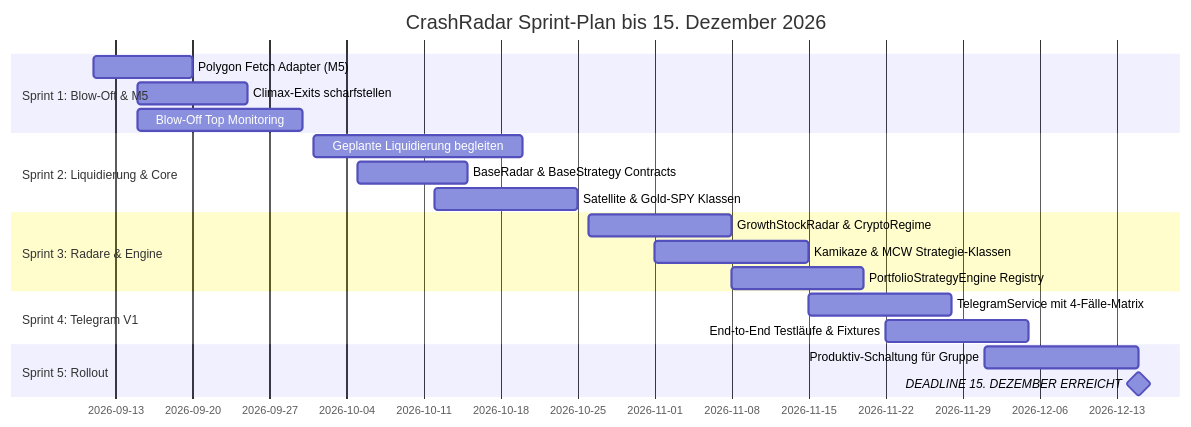
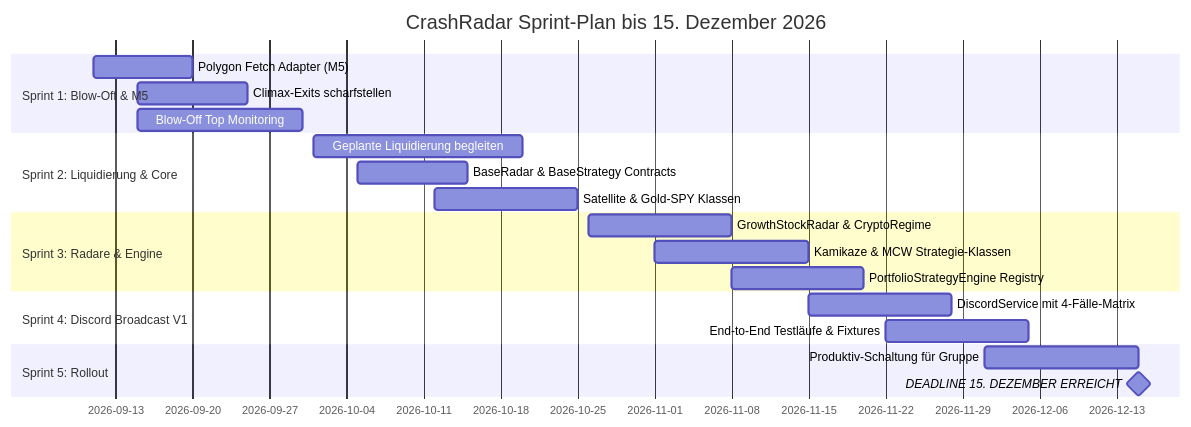
Before and after one commit to jahnhane1980/CrashRadar: the diagram in DECEMBER-ROADMAP.md, drawn with Mermaid. The commit also changed other lines of this file and 5 other files, not shown here.

First line of the commit message:
docs(signals): migrate channel architecture from Telegram to Discord & WhatsApp

````diff
--- a/DECEMBER-ROADMAP.md
+++ b/DECEMBER-ROADMAP.md
@@ -127,23 +128,23 @@
 ```mermaid
 gantt
     title CrashRadar Sprint-Plan bis 15. Dezember 2026
     dateFormat  YYYY-MM-DD
     section Sprint 1: Blow-Off & M5
     Polygon Fetch Adapter (M5)        :a1, 2026-09-11, 2026-09-20
     Climax-Exits scharfstellen        :a2, 2026-09-15, 2026-09-25
     Blow-Off Top Monitoring           :a3, 2026-09-15, 2026-09-30
     section Sprint 2: Liquidierung & Core
     Geplante Liquidierung begleiten   :b1, 2026-10-01, 2026-10-20
     BaseRadar & BaseStrategy Contracts:b2, 2026-10-05, 2026-10-15
     Satellite & Gold-SPY Klassen      :b3, 2026-10-12, 2026-10-25
     section Sprint 3: Radare & Engine
     GrowthStockRadar & CryptoRegime   :c1, 2026-10-26, 2026-11-08
     Kamikaze & MCW Strategie-Klassen  :c2, 2026-11-01, 2026-11-15
     PortfolioStrategyEngine Registry  :c3, 2026-11-08, 2026-11-20
-    section Sprint 4: Telegram V1
-    TelegramService mit 4-Fälle-Matrix:d1, 2026-11-15, 2026-11-28
+    section Sprint 4: Discord Broadcast V1
+    DiscordService mit 4-Fälle-Matrix :d1, 2026-11-15, 2026-11-28
     End-to-End Testläufe & Fixtures   :d2, 2026-11-22, 2026-12-05
     section Sprint 5: Rollout
     Produktiv-Schaltung für Gruppe    :e1, 2026-12-01, 2026-12-15
     DEADLINE 15. DEZEMBER ERREICHT    :milestone, 2026-12-15, 0d
 ```
````
